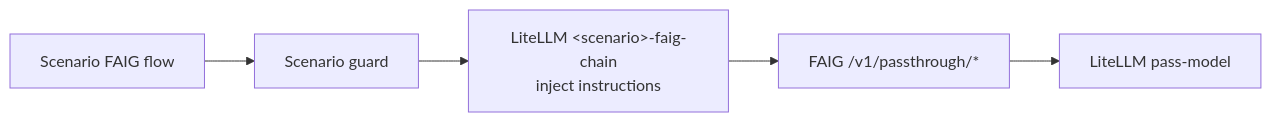
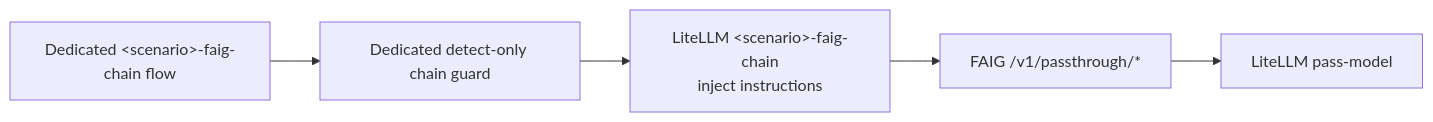
One commit to mabutterfield/fortiaigate_demo changed the third of 3 diagrams in docs/fortiaigate-lab-flows.md. Above: the diagram before and after it, drawn with Mermaid. The commit also changed other lines of this file and 7 other files, not shown here.

````diff
--- a/docs/fortiaigate-lab-flows.md
+++ b/docs/fortiaigate-lab-flows.md
@@ -74,7 +74,7 @@
 ```mermaid
 flowchart LR
-    FLOW["Scenario FAIG flow"] --> GUARD["Scenario guard"]
+    FLOW["Dedicated &lt;scenario&gt;-faig-chain flow"] --> GUARD["Dedicated detect-only chain guard"]
     GUARD --> CHAIN["LiteLLM &lt;scenario&gt;-faig-chain<br/>inject instructions"]
     CHAIN --> PASS["FAIG /v1/passthrough/*"]
     PASS --> MODEL["LiteLLM pass-model"]
 ```
````
